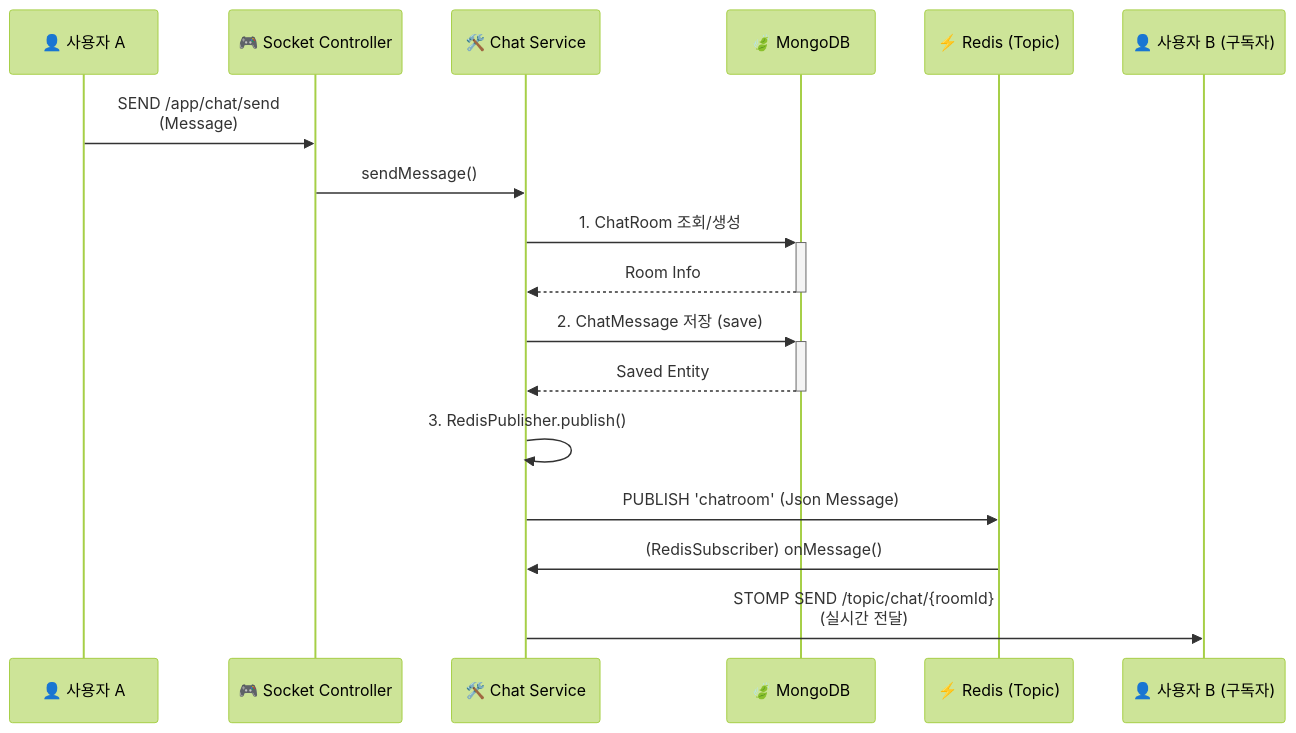
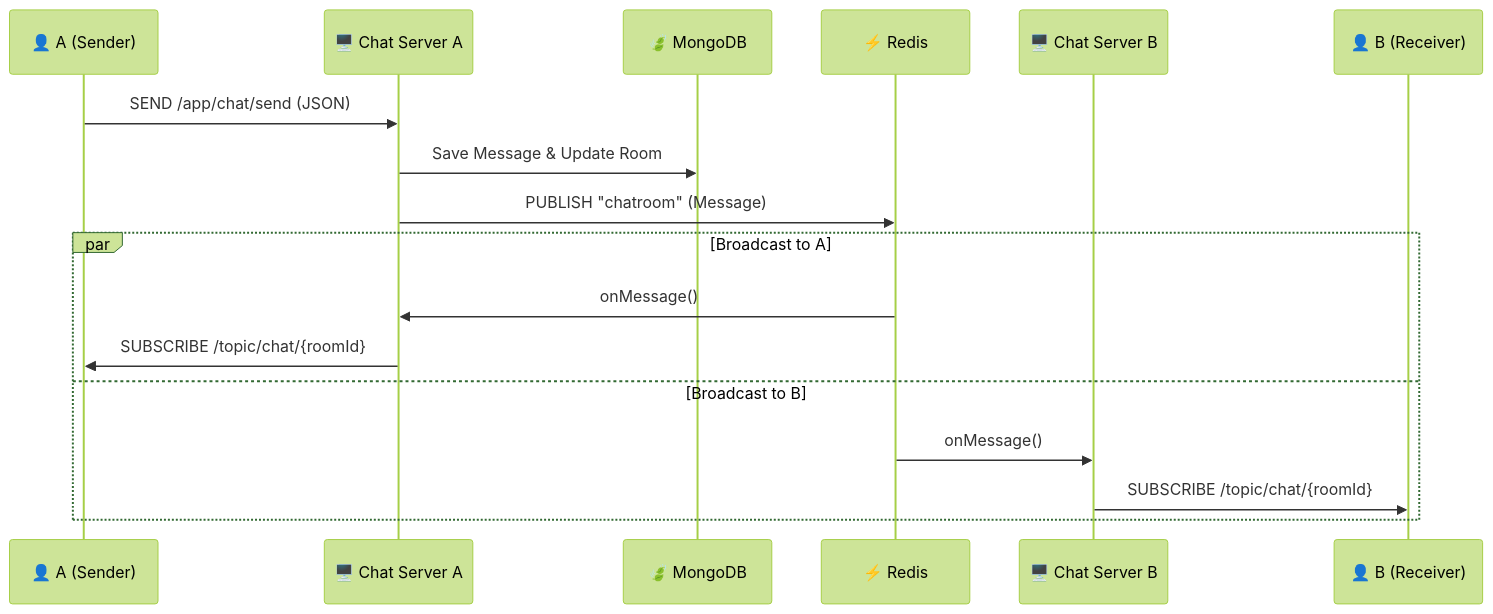
The second of 3 diagrams in docs/developer guide/CHAT_SERVICE.md (HeoJunHyoung/linkfolio-backend), drawn with Mermaid (forest theme) before and after one commit. The commit also changed other lines of this file and 4 other files, not shown here.

````diff
--- a/docs/developer guide/CHAT_SERVICE.md
+++ b/docs/developer guide/CHAT_SERVICE.md
@@ -112,24 +139,22 @@
 ```mermaid
 sequenceDiagram
-    participant UserA as 👤 사용자 A
-    participant SocketController as 🎮 Socket Controller
-    participant Service as 🛠️ Chat Service
+    participant UserA as 👤 A (Sender)
+    participant ServerA as 🖥️ Chat Server A
     participant MongoDB as 🍃 MongoDB
-    participant Redis as ⚡ Redis (Topic)
-    participant UserB as 👤 사용자 B (구독자)
+    participant Redis as ⚡ Redis
+    participant ServerB as 🖥️ Chat Server B
+    participant UserB as 👤 B (Receiver)
 
-    UserA->>SocketController: SEND /app/chat/send <br> (Message)
-    SocketController->>Service: sendMessage()
+    UserA->>ServerA: SEND /app/chat/send (JSON)
     
-    Service->>+MongoDB: 1. ChatRoom 조회/생성
-    MongoDB-->>-Service: Room Info
+    ServerA->>MongoDB: Save Message & Update Room
+    ServerA->>Redis: PUBLISH "chatroom" (Message)
     
-    Service->>+MongoDB: 2. ChatMessage 저장 (save)
-    MongoDB-->>-Service: Saved Entity
-    
-    Service->>Service: 3. RedisPublisher.publish()
-    Service->>Redis: PUBLISH 'chatroom' (Json Message)
-    
-    Redis->>Service: (RedisSubscriber) onMessage()
-    Service->>UserB: STOMP SEND /topic/chat/{roomId} <br> (실시간 전달)
+    par Broadcast to A
+        Redis->>ServerA: onMessage()
+        ServerA->>UserA: SUBSCRIBE /topic/chat/{roomId}
+    and Broadcast to B
+        Redis->>ServerB: onMessage()
+        ServerB->>UserB: SUBSCRIBE /topic/chat/{roomId}
+    end
 ```
````
